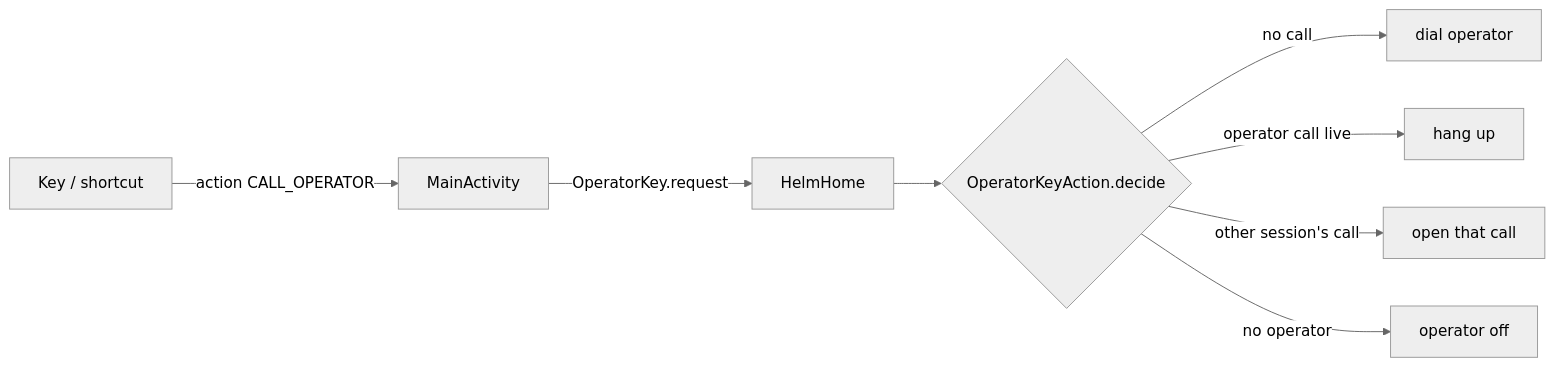
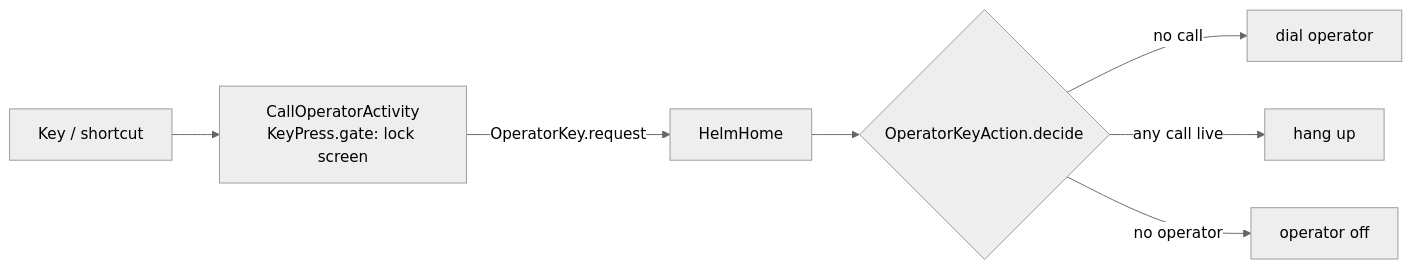
One commit to PetePeter/helm changed the tenth of 14 diagrams in docs/voice-operator.md. Above: the diagram before and after it, drawn with Mermaid (neutral theme). The commit also changed other lines of this file and 9 other files, not shown here.

First line of the commit message:
feat(mobile): operator key works from cold start and the lock screen

````diff
--- a/docs/voice-operator.md
+++ b/docs/voice-operator.md
@@ -470,10 +470,9 @@
 ```mermaid
 flowchart LR
-    K[Key / shortcut] -->|action CALL_OPERATOR| MA[MainActivity]
-    MA -->|OperatorKey.request| HH[HelmHome]
+    K[Key / shortcut] --> CO[CallOperatorActivity<br/>KeyPress.gate: lock screen]
+    CO -->|OperatorKey.request| HH[HelmHome]
     HH --> D{OperatorKeyAction.decide}
     D -->|no call| Dial[dial operator]
-    D -->|operator call live| Hang[hang up]
-    D -->|other session's call| Show[open that call]
+    D -->|any call live| Hang[hang up]
     D -->|no operator| Toast[operator off]
 ```
````
